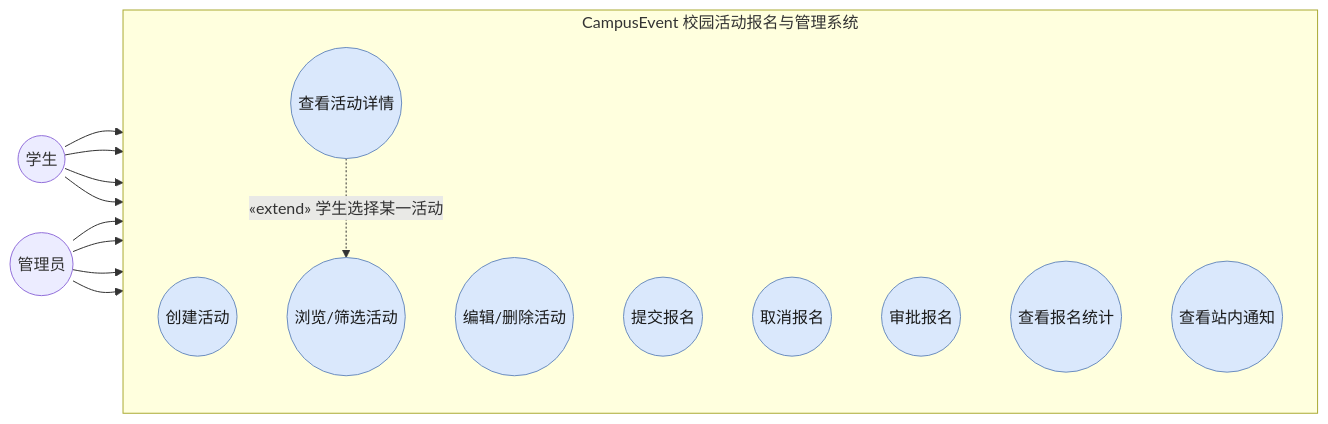
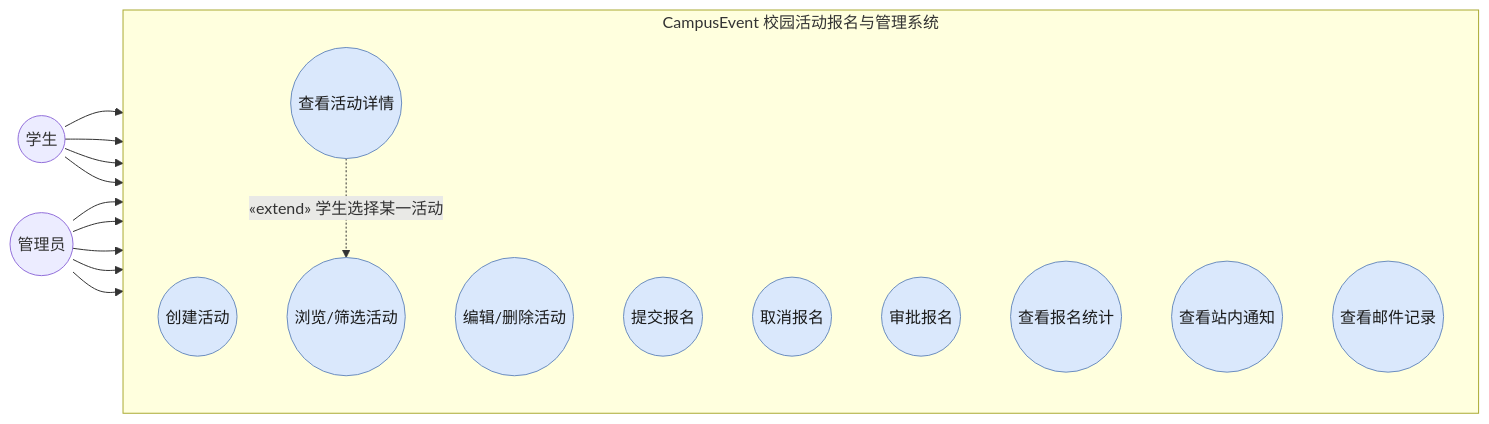
Before and after one commit to kudryavka1023/202-CampusEvent: the first of 9 diagrams in docs/图件汇总.md, drawn with Mermaid. The commit also changed other lines of this file and 46 other files, not shown here.

````diff
--- a/docs/图件汇总.md
+++ b/docs/图件汇总.md
@@ -39,30 +39,32 @@
 ```mermaid
 flowchart LR
     subgraph SYS["CampusEvent 校园活动报名与管理系统"]
         direction TB
         UC1(("创建活动"))
         UC2(("编辑/删除活动"))
         UC3(("浏览/筛选活动"))
         UC3a(("查看活动详情"))
         UC4(("提交报名"))
         UC5(("取消报名"))
         UC6(("审批报名"))
         UC7(("查看报名统计"))
         UC8(("查看站内通知"))
+        UC9(("查看邮件记录"))
     end
 
     Stu(("学生")) --> UC3
     Stu --> UC4
     Stu --> UC5
     Stu --> UC8
 
     Adm(("管理员")) --> UC1
     Adm --> UC2
     Adm --> UC6
     Adm --> UC7
+    Adm --> UC9
 
     UC3a -. "«extend» 学生选择某一活动" .-> UC3
 
     classDef uc fill:#dae8fc,stroke:#6c8ebf,color:#1a1a1a
-    class UC1,UC2,UC3,UC3a,UC4,UC5,UC6,UC7,UC8 uc
+    class UC1,UC2,UC3,UC3a,UC4,UC5,UC6,UC7,UC8,UC9 uc
 ```
````
